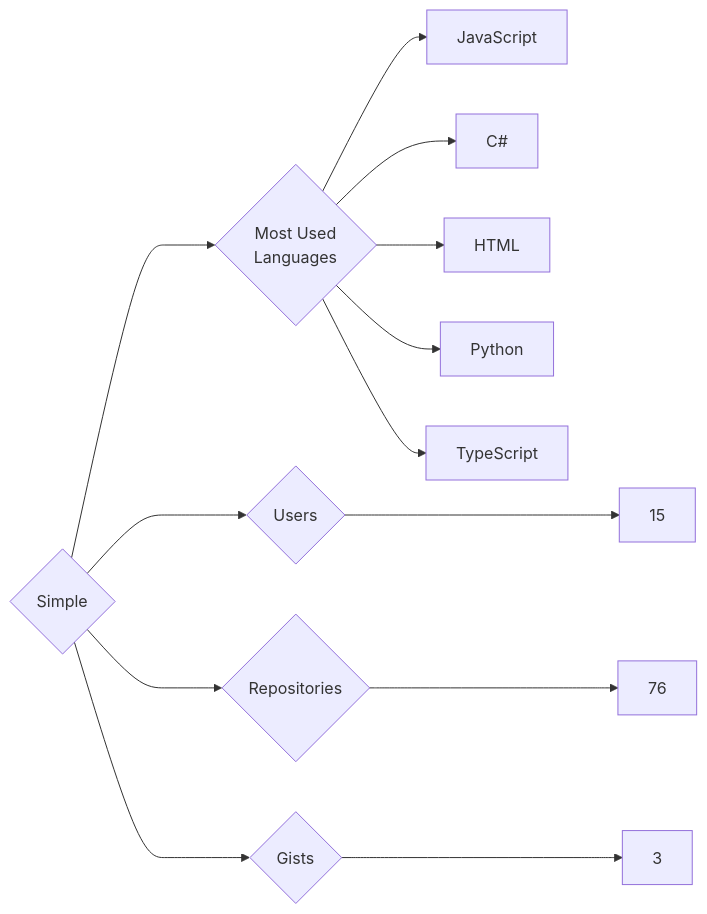
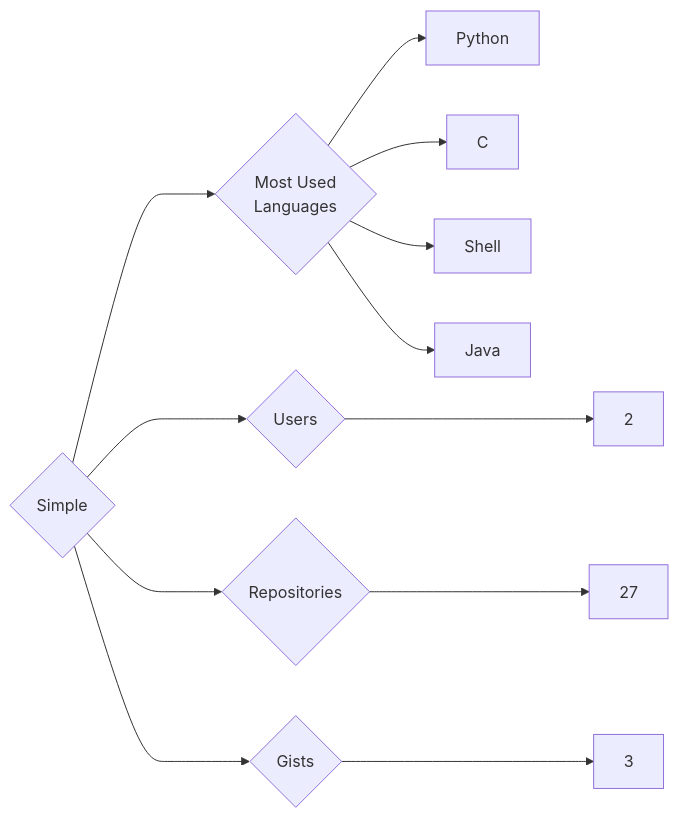
One commit to trickest/insiders changed the diagram in targets/Simple/README.md. Above: the diagram before and after it, drawn with Mermaid. The commit also changed 799 other files, not shown here.

````diff
--- a/targets/Simple/README.md
+++ b/targets/Simple/README.md
@@ -3,13 +3,12 @@
 ```mermaid
 graph LR
 COMPANY_NAME{Simple}
-COMPANY_NAME ---> U{Users} ---> UN[15]
-COMPANY_NAME ---> R{Repositories} ---> RN[76]
+COMPANY_NAME ---> U{Users} ---> UN[2]
+COMPANY_NAME ---> R{Repositories} ---> RN[27]
 COMPANY_NAME ---> G{Gists} ---> GN[3]
 COMPANY_NAME ---> ML{Most Used<br>Languages}
-ML --> JavaScript[JavaScript]
-ML --> C#[C#]
-ML --> HTML[HTML]
 ML --> Python[Python]
-ML --> TypeScript[TypeScript]
+ML --> C[C]
+ML --> Shell[Shell]
+ML --> Java[Java]
 ```
````
